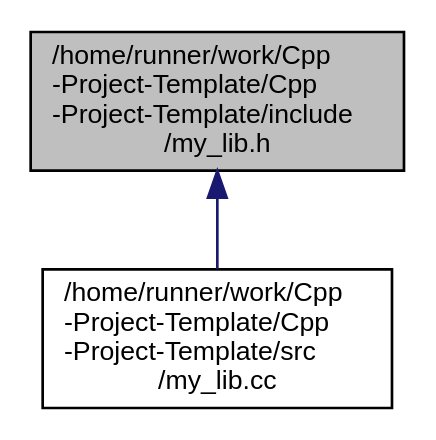
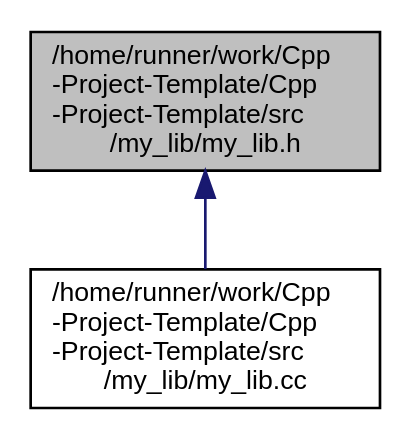
One commit to franneck94/CppProjectTemplate changed the diagram in my__lib_8h__dep__incl.dot. Above: the diagram before and after it, drawn with Graphviz. The commit also changed 24 other files, not shown here.

```diff
--- a/my__lib_8h__dep__incl.dot
+++ b/my__lib_8h__dep__incl.dot
@@ -1,9 +1,9 @@
-digraph "/home/runner/work/Cpp-Project-Template/Cpp-Project-Template/include/my_lib.h"
+digraph "/home/runner/work/Cpp-Project-Template/Cpp-Project-Template/src/my_lib/my_lib.h"
 {
  // LATEX_PDF_SIZE
   edge [fontname="Helvetica",fontsize="10",labelfontname="Helvetica",labelfontsize="10"];
   node [fontname="Helvetica",fontsize="10",shape=record];
-  Node1 [label="/home/runner/work/Cpp\l-Project-Template/Cpp\l-Project-Template/include\l/my_lib.h",height=0.2,width=0.4,color="black", fillcolor="grey75", style="filled", fontcolor="black",tooltip=" "];
+  Node1 [label="/home/runner/work/Cpp\l-Project-Template/Cpp\l-Project-Template/src\l/my_lib/my_lib.h",height=0.2,width=0.4,color="black", fillcolor="grey75", style="filled", fontcolor="black",tooltip=" "];
   Node1 -> Node2 [dir="back",color="midnightblue",fontsize="10",style="solid",fontname="Helvetica"];
-  Node2 [label="/home/runner/work/Cpp\l-Project-Template/Cpp\l-Project-Template/src\l/my_lib.cc",height=0.2,width=0.4,color="black", fillcolor="white", style="filled",URL="$my__lib_8cc.html",tooltip=" "];
+  Node2 [label="/home/runner/work/Cpp\l-Project-Template/Cpp\l-Project-Template/src\l/my_lib/my_lib.cc",height=0.2,width=0.4,color="black", fillcolor="white", style="filled",URL="$my__lib_8cc.html",tooltip=" "];
 }
```
